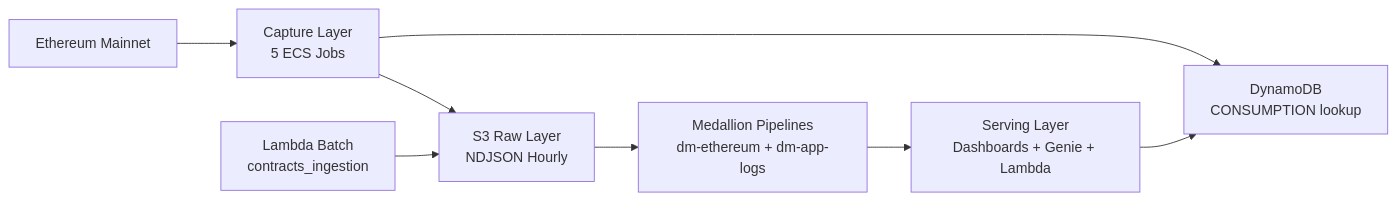
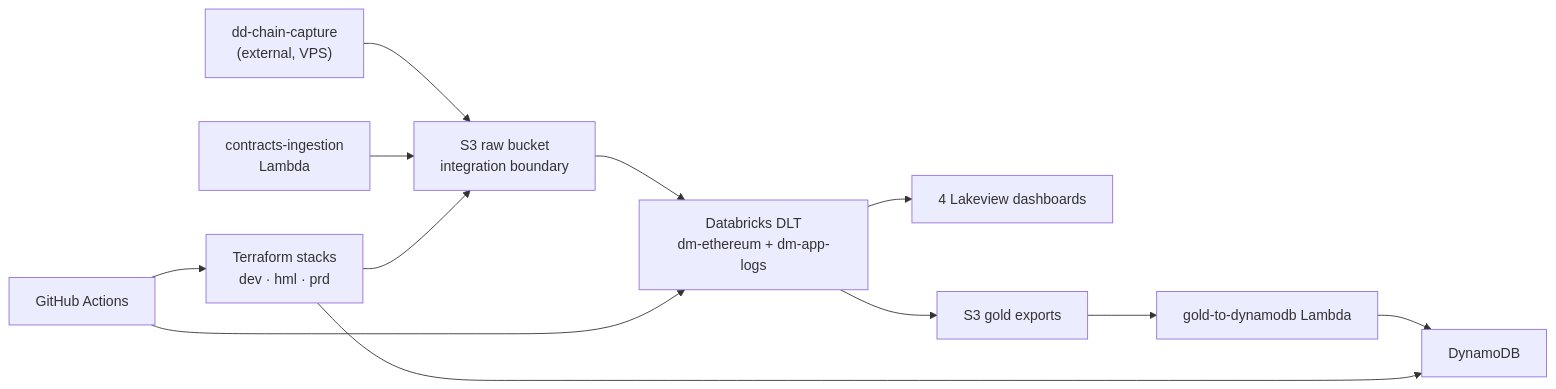
Before and after one commit to marcoaureliomenezes/dd_chain_explorer: the diagram in specs/memory/product/index.md, drawn with Mermaid. The commit also changed other lines of this file and 15 other files, not shown here.

````diff
--- a/specs/memory/product/index.md
+++ b/specs/memory/product/index.md
@@ -40,10 +49,14 @@
 ```mermaid
 flowchart LR
-  ETH["Ethereum Mainnet"] --> CL["Capture Layer\n5 ECS Jobs"]
-  CL --> S3["S3 Raw Layer\nNDJSON Hourly"]
-  S3 --> DLT["Medallion Pipelines\ndm-ethereum + dm-app-logs"]
-  DLT --> SERVE["Serving Layer\nDashboards + Genie + Lambda"]
-  LAMBDA["Lambda Batch\ncontracts_ingestion"] --> S3
-  SERVE --> DYNAMO["DynamoDB\nCONSUMPTION lookup"]
-  CL --> DYNAMO
+  CAP["dd-chain-capture<br/>(external, VPS)"] --> S3["S3 raw bucket<br/>integration boundary"]
+  LMB1["contracts-ingestion<br/>Lambda"] --> S3
+  S3 --> DLT["Databricks DLT<br/>dm-ethereum + dm-app-logs"]
+  DLT --> DASH["4 Lakeview dashboards"]
+  DLT --> EXP["S3 gold exports"]
+  EXP --> LMB2["gold-to-dynamodb Lambda"]
+  LMB2 --> DDB["DynamoDB"]
+  CI["GitHub Actions"] --> TF["Terraform stacks<br/>dev · hml · prd"]
+  CI --> DLT
+  TF --> S3
+  TF --> DDB
 ```
````
